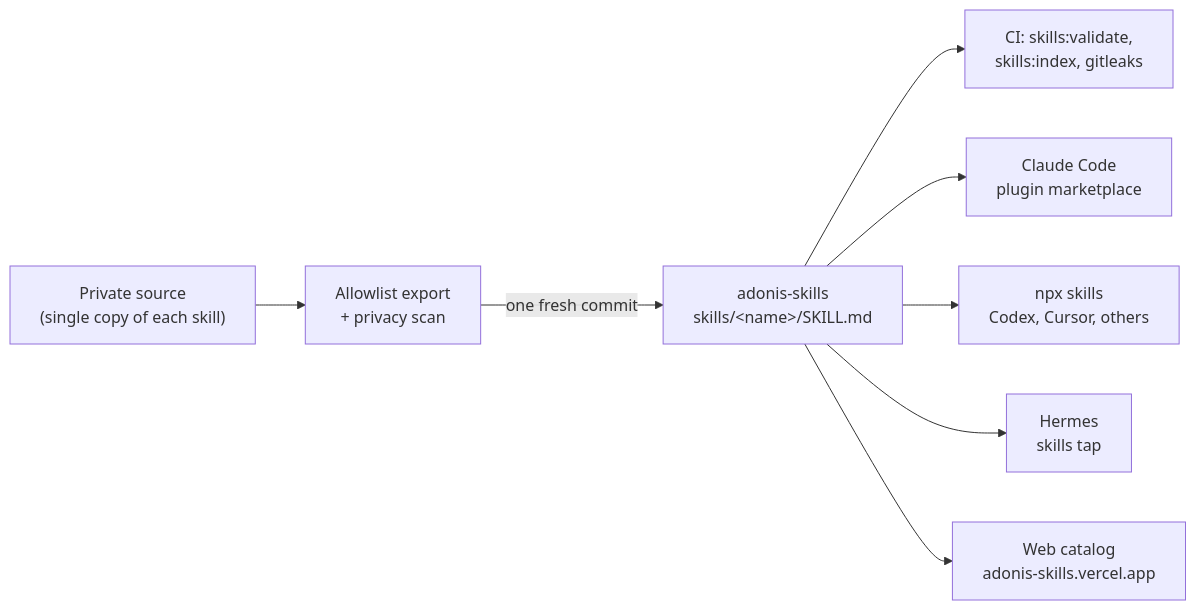
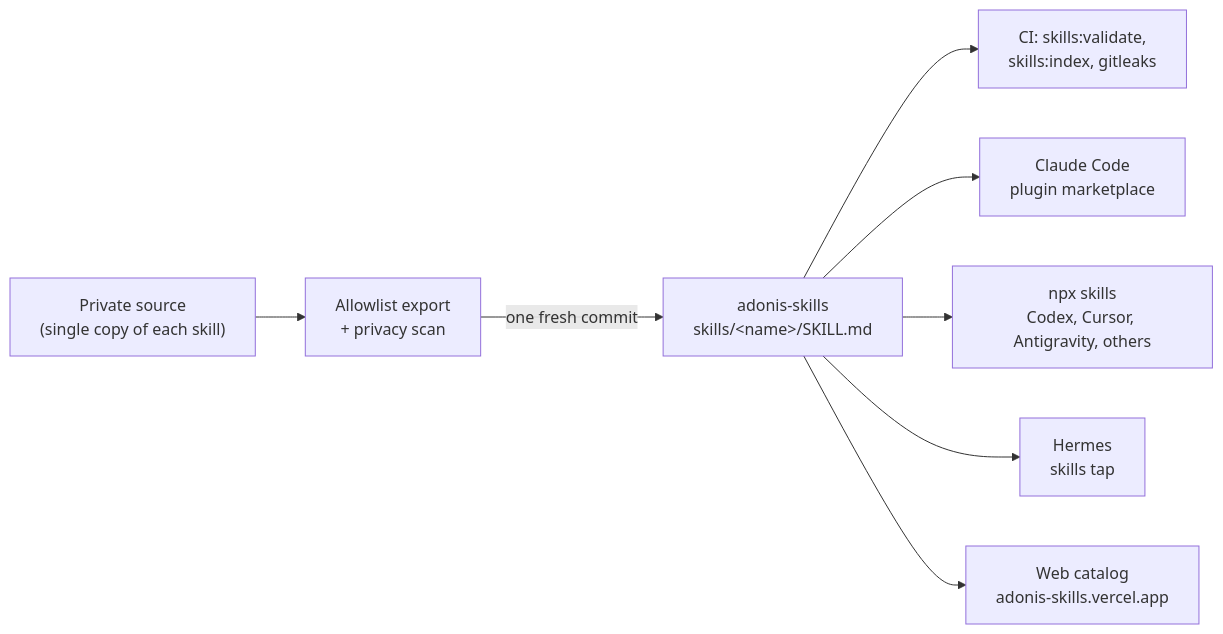
The diagram in README.md (Adonis0123/adonis-skills), drawn with Mermaid before and after one commit. The commit also changed other lines of this file and 94 other files, not shown here.

First line of the commit message:
✨ feat(skills): support Antigravity across 18 owned skills and catalog

````diff
--- a/README.md
+++ b/README.md
@@ -128,10 +128,10 @@
 ```mermaid
 flowchart LR
   src["Private source<br/>(single copy of each skill)"] --> exp["Allowlist export<br/>+ privacy scan"]
   exp -->|"one fresh commit"| repo["adonis-skills<br/>skills/&lt;name&gt;/SKILL.md"]
   repo --> ci["CI: skills:validate,<br/>skills:index, gitleaks"]
   repo --> cc["Claude Code<br/>plugin marketplace"]
-  repo --> npx["npx skills<br/>Codex, Cursor, others"]
+  repo --> npx["npx skills<br/>Codex, Cursor, Antigravity, others"]
   repo --> hm["Hermes<br/>skills tap"]
   repo --> web["Web catalog<br/>adonis-skills.vercel.app"]
 ```
````
